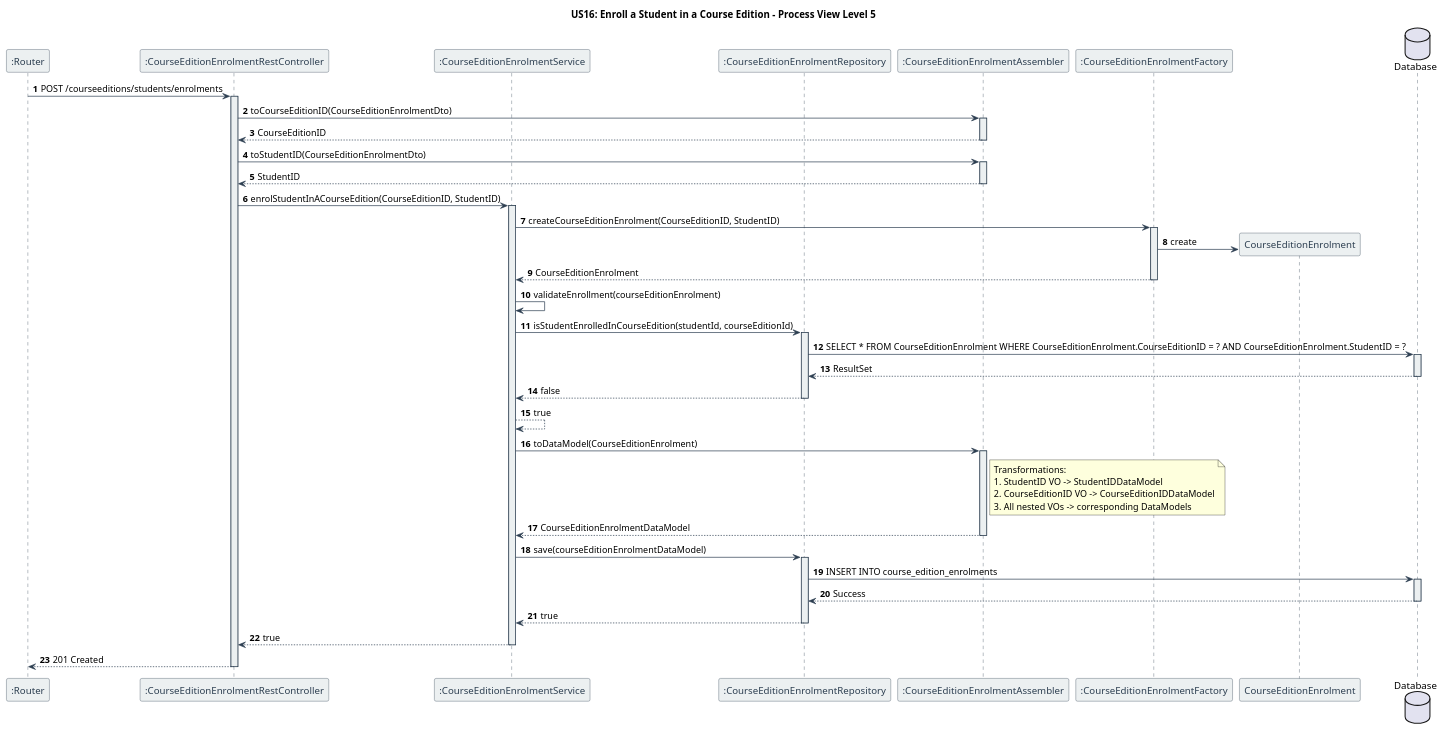
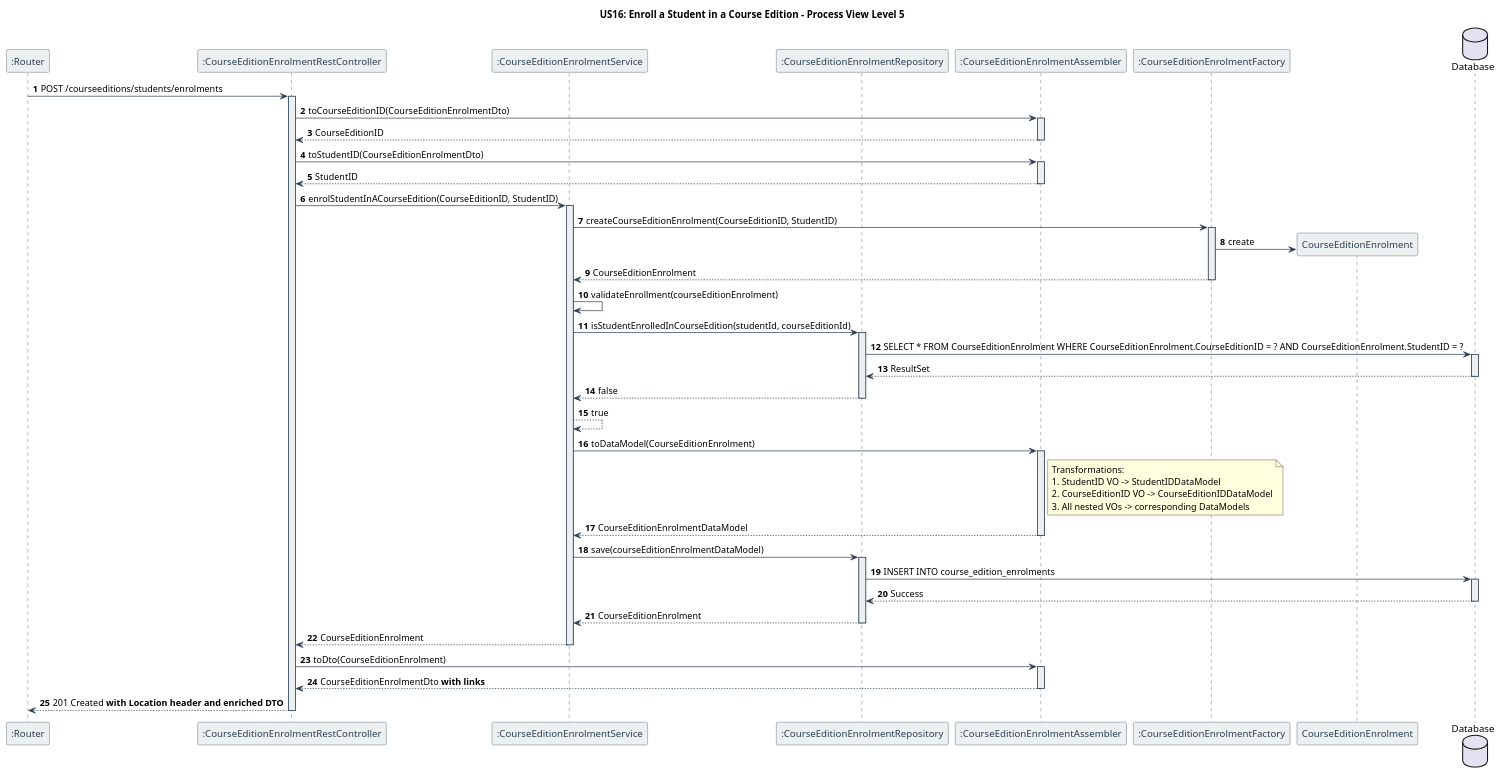
Before and after one commit to GasparISEP/DevOps-PAI: the diagram in docs/US16/sprint6_RestController/scenario/US16_processView_level5.puml, drawn with PlantUML.

Commit message:
docs: Update process view Level 5 diagram to reflect changes in HTTP response, including enriched DTOs and Location header for CourseEditionEnrolment. refs #659

```diff
--- a/docs/US16/sprint6_RestController/scenario/US16_processView_level5.puml
+++ b/docs/US16/sprint6_RestController/scenario/US16_processView_level5.puml
@@ -1,89 +1,95 @@
 @startuml
 title US16: Enroll a Student in a Course Edition - Process View Level 5
 autonumber
 
 ' Set colors for different types of lines
 skinparam sequence {
     ArrowColor #2C3E50
     LifeLineBorderColor #2C3E50
     LifeLineBackgroundColor #ECF0F1
     ParticipantBorderColor #2C3E50
     ParticipantBackgroundColor #ECF0F1
     ParticipantFontColor #2C3E50
     ActorBorderColor #2C3E50
     ActorBackgroundColor #ECF0F1
     ActorFontColor #2C3E50
     DatabaseBorderColor #2C3E50
     DatabaseBackgroundColor #ECF0F1
     DatabaseFontColor #2C3E50
 }
 
 participant ":Router" as router
 participant ":CourseEditionEnrolmentRestController" as Controller
 participant ":CourseEditionEnrolmentService" as Service
 participant ":CourseEditionEnrolmentRepository" as Repository
 participant ":CourseEditionEnrolmentAssembler" as Assembler
 participant ":CourseEditionEnrolmentFactory" as Factory
 participant "CourseEditionEnrolment" as Enrolment
 
 database "Database" as DB
 
 router -> Controller: POST /courseeditions/students/enrolments
 activate Controller
 
 Controller -> Assembler: toCourseEditionID(CourseEditionEnrolmentDto)
 activate Assembler
 Assembler --> Controller: CourseEditionID
 deactivate Assembler
 Controller -> Assembler: toStudentID(CourseEditionEnrolmentDto)
 activate Assembler
 Assembler --> Controller: StudentID
 deactivate Assembler
 
 Controller -> Service: enrolStudentInACourseEdition(CourseEditionID, StudentID)
 activate Service
 Service -> Factory: createCourseEditionEnrolment(CourseEditionID, StudentID)
 activate Factory
 create Enrolment
 Factory -> Enrolment: create
 Factory --> Service: CourseEditionEnrolment
 deactivate Factory
 
 Service -> Service: validateEnrollment(courseEditionEnrolment)
 Service -> Repository: isStudentEnrolledInCourseEdition(studentId, courseEditionId)
 activate Repository
 Repository -> DB: SELECT * FROM CourseEditionEnrolment WHERE CourseEditionEnrolment.CourseEditionID = ? AND CourseEditionEnrolment.StudentID = ?
 activate DB
 DB --> Repository: ResultSet
 deactivate DB
 Repository --> Service: false
 deactivate Repository
 Service --> Service: true
 
 Service -> Assembler: toDataModel(CourseEditionEnrolment)
 activate Assembler
 note right of Assembler
   Transformations:
   1. StudentID VO -> StudentIDDataModel
   2. CourseEditionID VO -> CourseEditionIDDataModel
   3. All nested VOs -> corresponding DataModels
 end note
 Assembler --> Service: CourseEditionEnrolmentDataModel
 deactivate Assembler
 
 Service -> Repository: save(courseEditionEnrolmentDataModel)
 activate Repository
 Repository -> DB: INSERT INTO course_edition_enrolments
 activate DB
-DB --> Repository: Success
-deactivate DB
-Repository --> Service: true
+  DB --> Repository: Success
+  deactivate DB
+Repository --> Service: CourseEditionEnrolment
 deactivate Repository
 
-Service --> Controller: true
+Service --> Controller: CourseEditionEnrolment
 deactivate Service
 
-Controller --> router: 201 Created
+Controller -> Assembler: toDto(CourseEditionEnrolment)
+activate Assembler
+
+Assembler --> Controller: CourseEditionEnrolmentDto **with links**
+deactivate Assembler
+
+Controller --> router: 201 Created **with Location header and enriched DTO**
 deactivate Controller
 
 @enduml 
```
